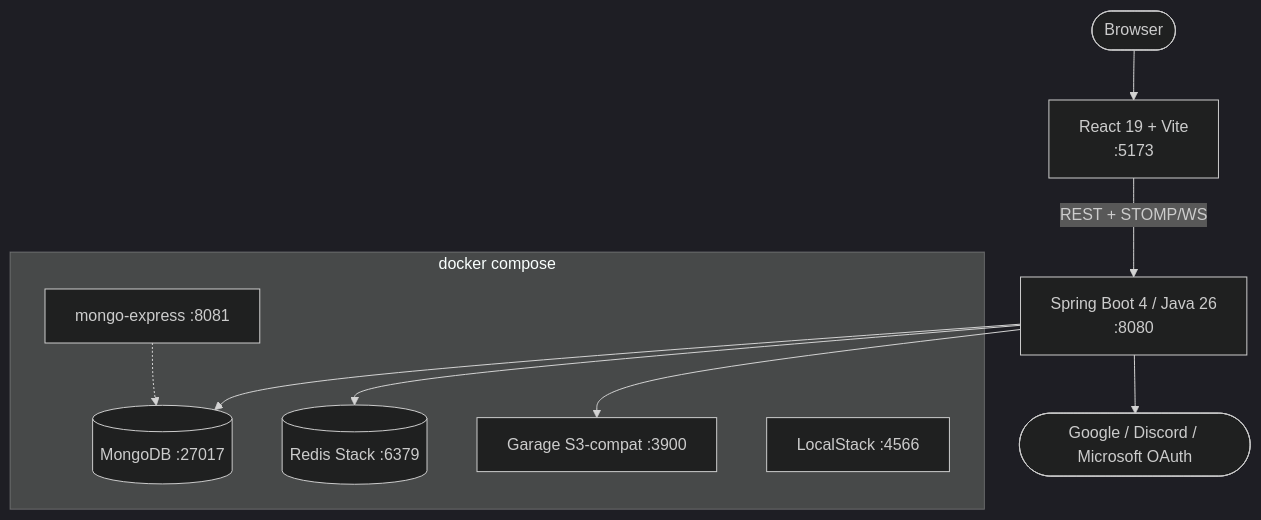
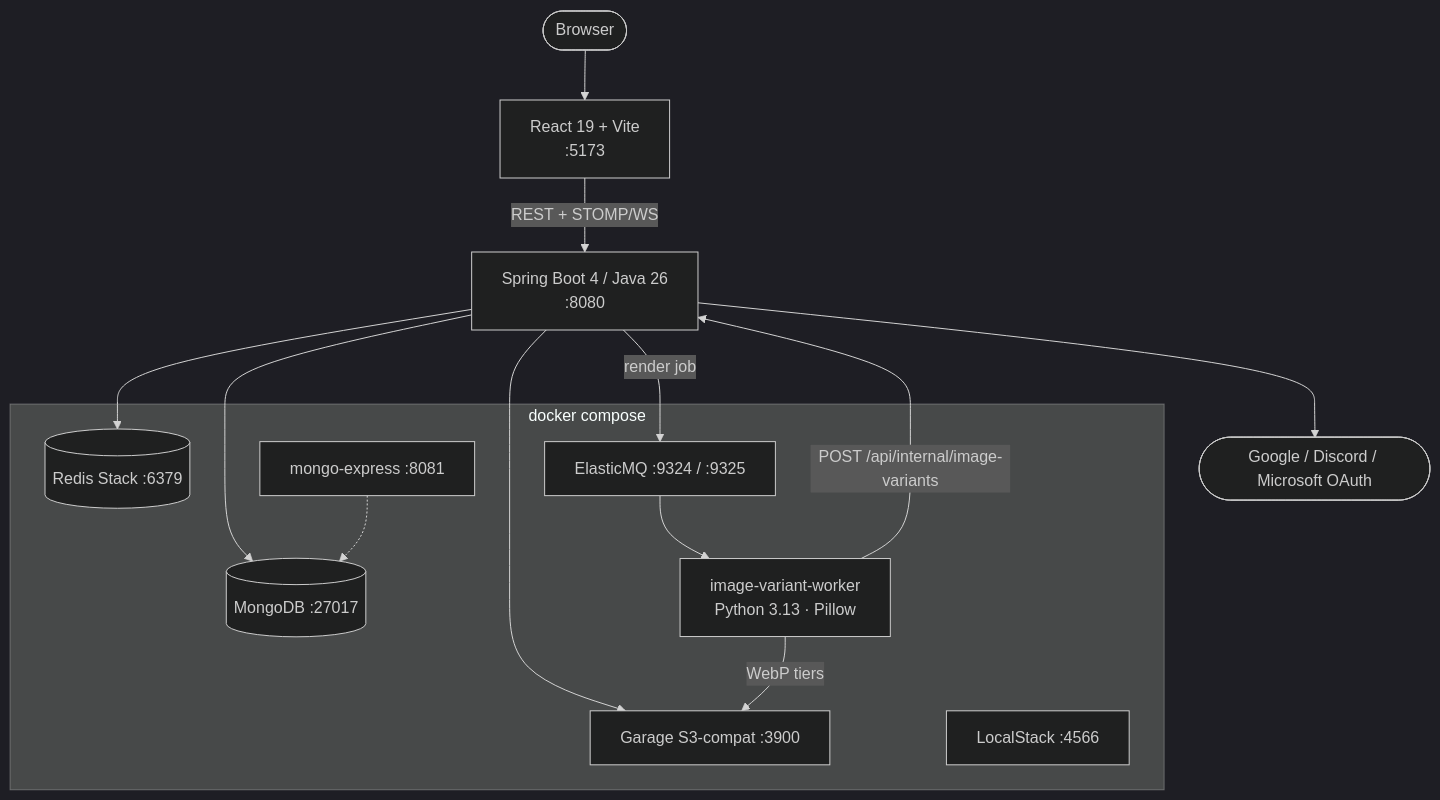
One commit to Saganaut/ambi changed the diagram in z-docs/infrastructure/infrastructure.md. Above: the diagram before and after it, drawn with Mermaid (dark theme). The commit also changed other lines of this file and 87 other files, not shown here.

First line of the commit message:
feat(media): add async image-variant rendering pipeline

````diff
--- a/z-docs/infrastructure/infrastructure.md
+++ b/z-docs/infrastructure/infrastructure.md
@@ -9,24 +10,30 @@
 ```mermaid
 flowchart TB
     Browser(["Browser"])
     Vite["React 19 + Vite<br/>:5173"]
     SpringBoot["Spring Boot 4 / Java 26<br/>:8080"]
 
     subgraph Docker["docker compose"]
         MongoDB[("MongoDB :27017")]
         Redis[("Redis Stack :6379")]
         Garage["Garage S3-compat :3900"]
         Mx["mongo-express :8081"]
         Ls["LocalStack :4566"]
+        Emq["ElasticMQ :9324 / :9325"]
+        Worker["image-variant-worker<br/>Python 3.13 · Pillow"]
     end
 
     IdP(["Google / Discord / Microsoft OAuth"])
 
     Browser --> Vite
     Vite -- "REST + STOMP/WS" --> SpringBoot
     SpringBoot --> MongoDB
     SpringBoot --> Redis
     SpringBoot --> Garage
     SpringBoot --> IdP
+    SpringBoot -- "render job" --> Emq
+    Emq --> Worker
+    Worker -- "WebP tiers" --> Garage
+    Worker -- "POST /api/internal/image-variants" --> SpringBoot
     Mx -.-> MongoDB
 ```
````
